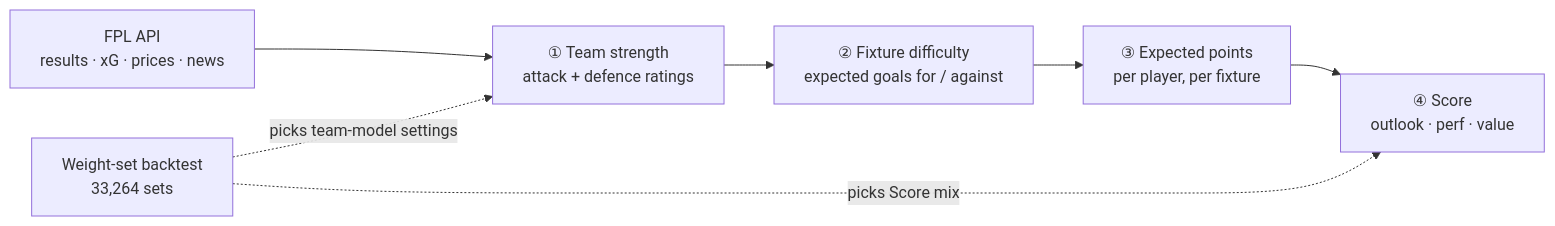
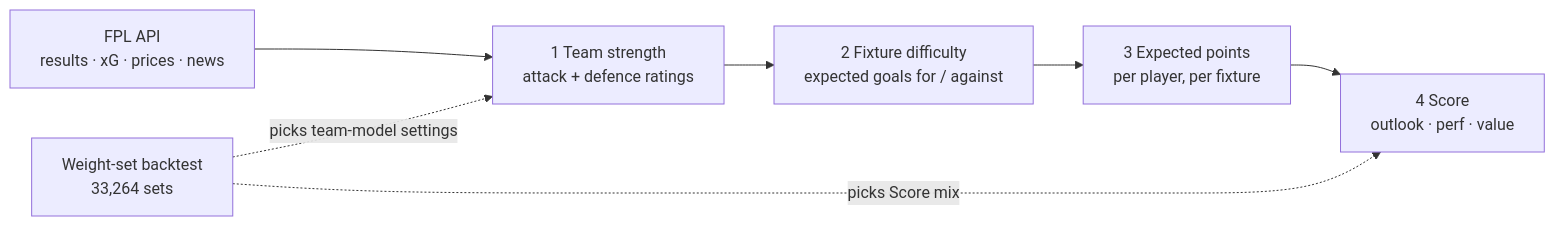
The diagram in README.md (dashzinho/fpl-ranker), drawn with Mermaid before and after one commit. The commit also changed other lines of this file and 4 other files, not shown here.

````diff
--- a/README.md
+++ b/README.md
@@ -79,9 +80,9 @@
 ```mermaid
 flowchart LR
-    A["FPL API<br/>results · xG · prices · news"] --> B["① Team strength<br/>attack + defence ratings"]
-    B --> C["② Fixture difficulty<br/>expected goals for / against"]
-    C --> D["③ Expected points<br/>per player, per fixture"]
-    D --> E["④ Score<br/>outlook · perf · value"]
+    A["FPL API<br/>results · xG · prices · news"] --> B["1 Team strength<br/>attack + defence ratings"]
+    B --> C["2 Fixture difficulty<br/>expected goals for / against"]
+    C --> D["3 Expected points<br/>per player, per fixture"]
+    D --> E["4 Score<br/>outlook · perf · value"]
     F["Weight-set backtest<br/>33,264 sets"] -. "picks team-model settings" .-> B
     F -. "picks Score mix" .-> E
 ```
````
